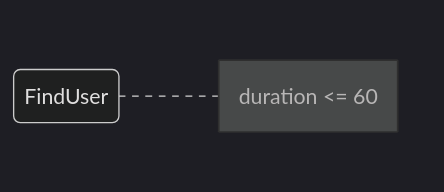
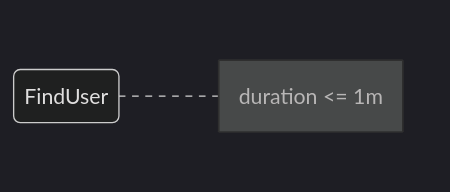
Before and after one commit to pstlab/RESTART: the fifth of 8 diagrams in rules/README.md, drawn with Mermaid (dark theme). The commit also changed other lines of this file, not shown here.

````diff
--- a/rules/README.md
+++ b/rules/README.md
@@ -88,6 +88,6 @@
 ```mermaid
 stateDiagram-v2
     direction LR
     FindUser
-    Note right of FindUser: duration <= 60
+    Note right of FindUser: duration <= 1m
 ```
````
